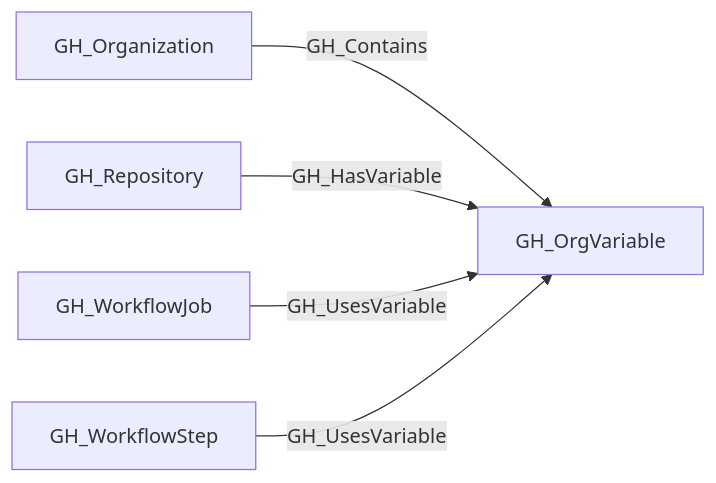
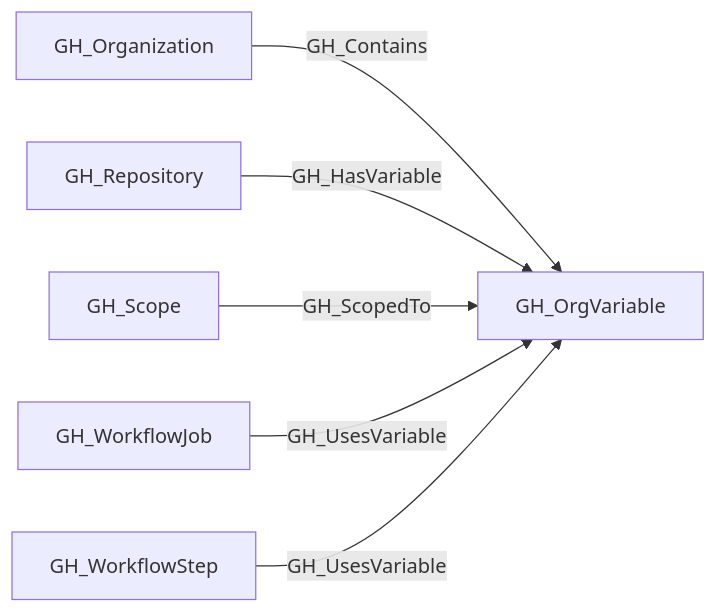
The second of 2 diagrams in docs/opengraph/extensions/github/nodes/gh_orgvariable.mdx (SpecterOps/bloodhound-docs), drawn with Mermaid before and after one commit. The commit also changed other lines of this file and 30 other files, not shown here.

Commit message:
chore: update openhound github reference for schema v1.4.0

````diff
--- a/docs/opengraph/extensions/github/nodes/gh_orgvariable.mdx
+++ b/docs/opengraph/extensions/github/nodes/gh_orgvariable.mdx
@@ -50,13 +52,15 @@
 ```mermaid
 flowchart LR
 
     GH_Organization["GH_Organization"]
     GH_OrgVariable["GH_OrgVariable"]
     GH_Repository["GH_Repository"]
+    GH_Scope["GH_Scope"]
     GH_WorkflowJob["GH_WorkflowJob"]
     GH_WorkflowStep["GH_WorkflowStep"]
     GH_Organization -- GH_Contains --> GH_OrgVariable
     GH_Repository -- GH_HasVariable --> GH_OrgVariable
+    GH_Scope -- GH_ScopedTo --> GH_OrgVariable
     GH_WorkflowJob -- GH_UsesVariable --> GH_OrgVariable
     GH_WorkflowStep -- GH_UsesVariable --> GH_OrgVariable
 ```
````
